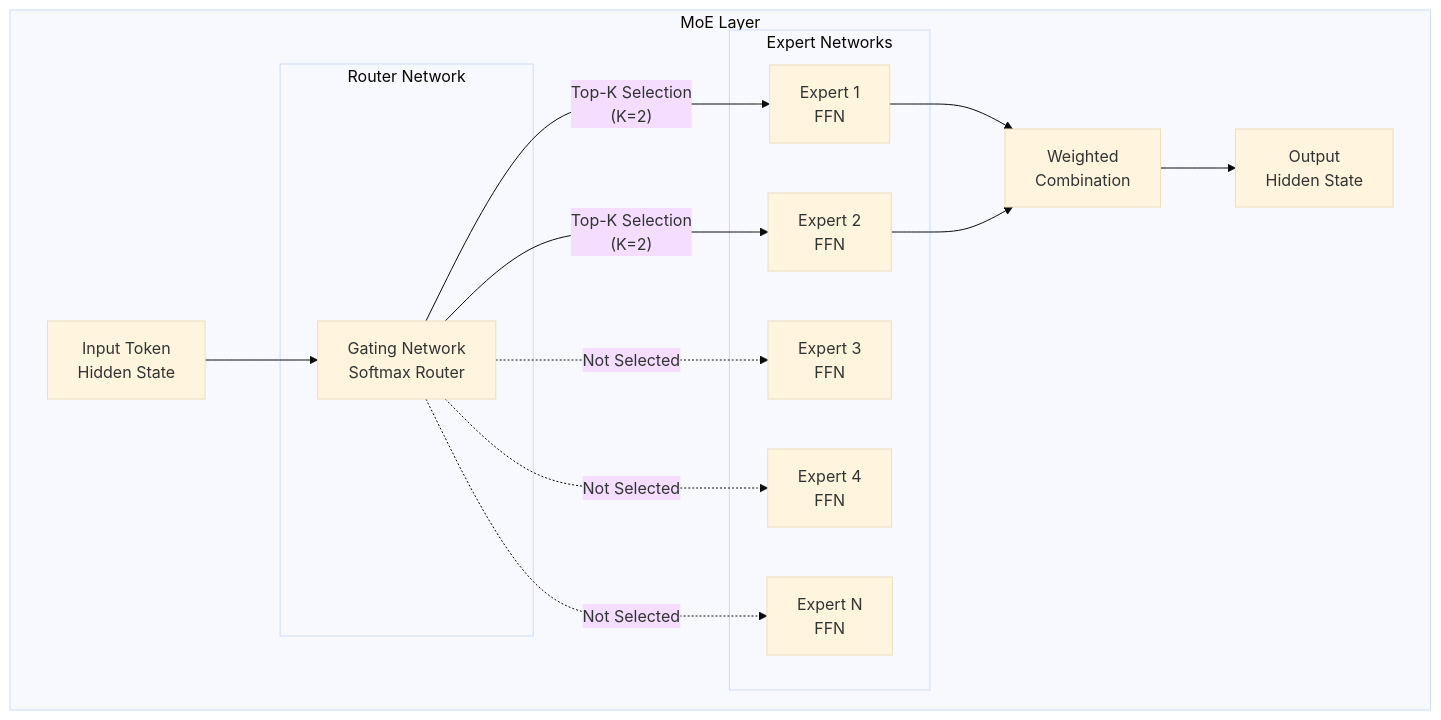
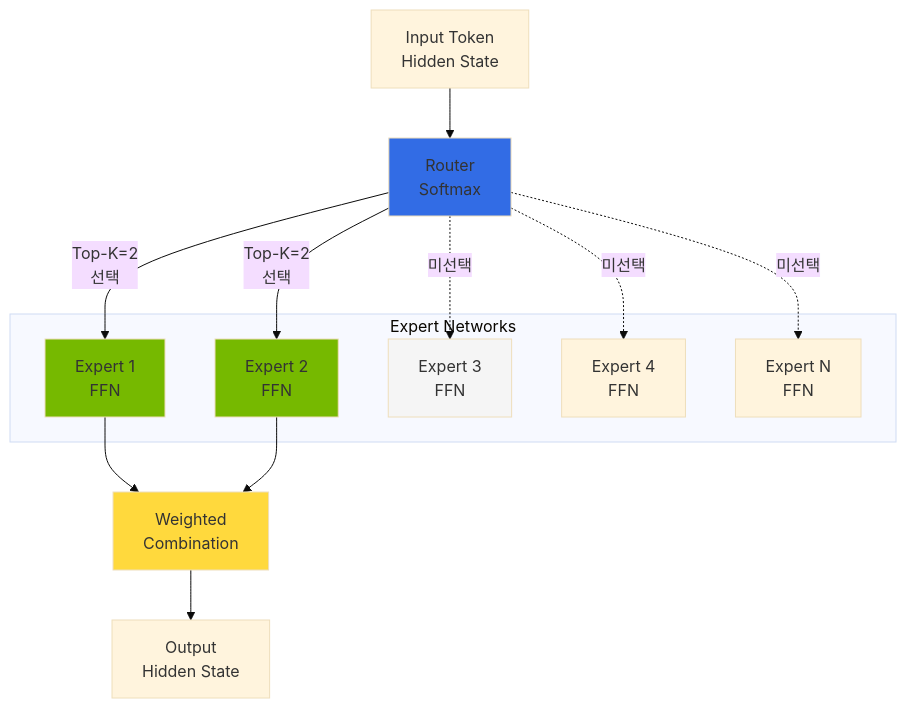
One commit to devfloor9/engineering-playbook changed the first of 6 diagrams in docs/agentic-ai-platform/model-serving/moe-model-serving.md. Above: the diagram before and after it, drawn with Mermaid (base theme). The commit also changed other lines of this file and 24 other files, not shown here.

````diff
--- a/docs/agentic-ai-platform/model-serving/moe-model-serving.md
+++ b/docs/agentic-ai-platform/model-serving/moe-model-serving.md
@@ -40,27 +40,33 @@
 ```mermaid
 flowchart TB
-    subgraph "MoE Layer"
-        INPUT[Input Token<br/>Hidden State]
-        
-        subgraph "Router Network"
-            GATE[Gating Network<br/>Softmax Router]
-        end
-        
-        subgraph "Expert Networks"
-            E1[Expert 1<br/>FFN]
-            E2[Expert 2<br/>FFN]
-            E3[Expert 3<br/>FFN]
-            E4[Expert 4<br/>FFN]
-            EN[Expert N<br/>FFN]
-        end
-        
-        COMBINE[Weighted<br/>Combination]
-        OUTPUT[Output<br/>Hidden State]
+    INPUT[Input Token<br/>Hidden State]
+
+    GATE[Router<br/>Softmax]
+
+    subgraph Experts["Expert Networks"]
+        E1[Expert 1<br/>FFN]
+        E2[Expert 2<br/>FFN]
+        E3[Expert 3<br/>FFN]
+        E4[Expert 4<br/>FFN]
+        EN[Expert N<br/>FFN]
     end
-    
+
+    COMBINE[Weighted<br/>Combination]
+    OUTPUT[Output<br/>Hidden State]
+
     INPUT --> GATE
-    GATE -->|"Top-K Selection<br/>(K=2)"| E1 & E2
-    GATE -.->|"Not Selected"| E3 & E4 & EN
-    E1 & E2 --> COMBINE
+    GATE -->|Top-K=2<br/>선택| E1
+    GATE -->|Top-K=2<br/>선택| E2
+    GATE -.->|미선택| E3
+    GATE -.->|미선택| E4
+    GATE -.->|미선택| EN
+    E1 --> COMBINE
+    E2 --> COMBINE
     COMBINE --> OUTPUT
+
+    style GATE fill:#326ce5
+    style E1 fill:#76b900
+    style E2 fill:#76b900
+    style E3 fill:#f5f5f5
+    style COMBINE fill:#ffd93d
 ```
````
